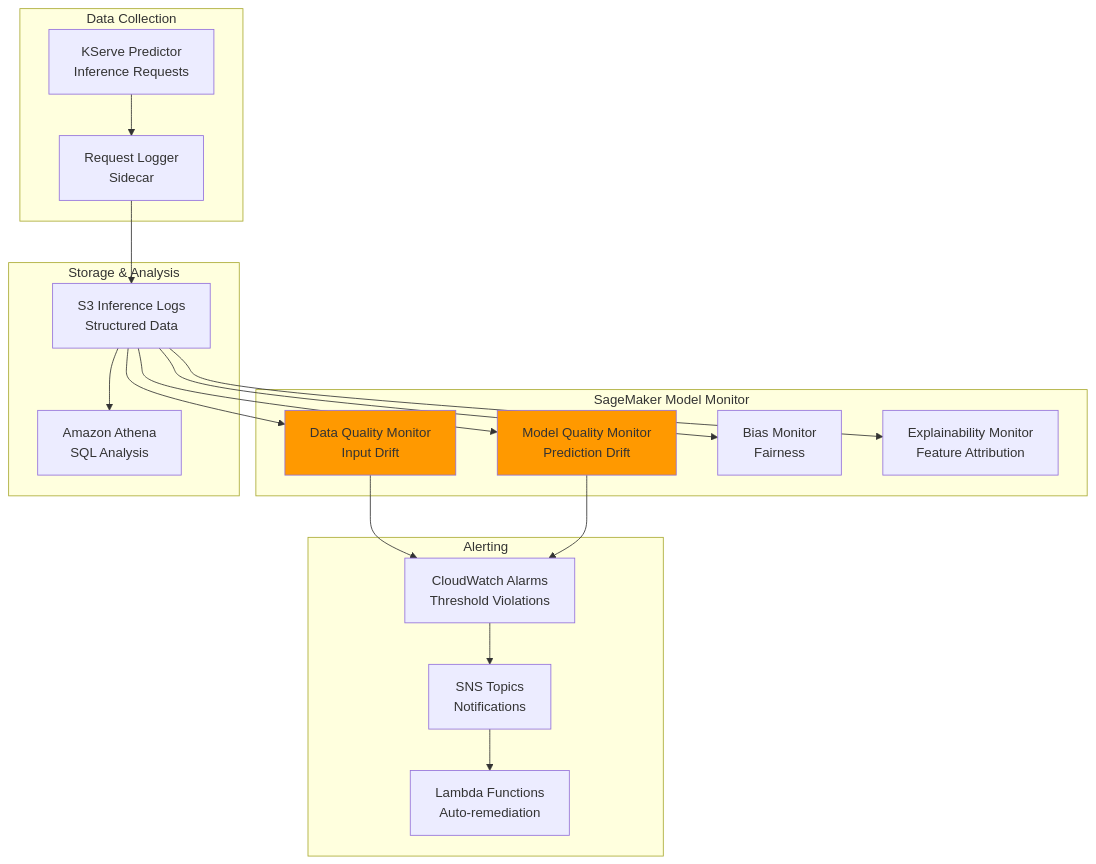
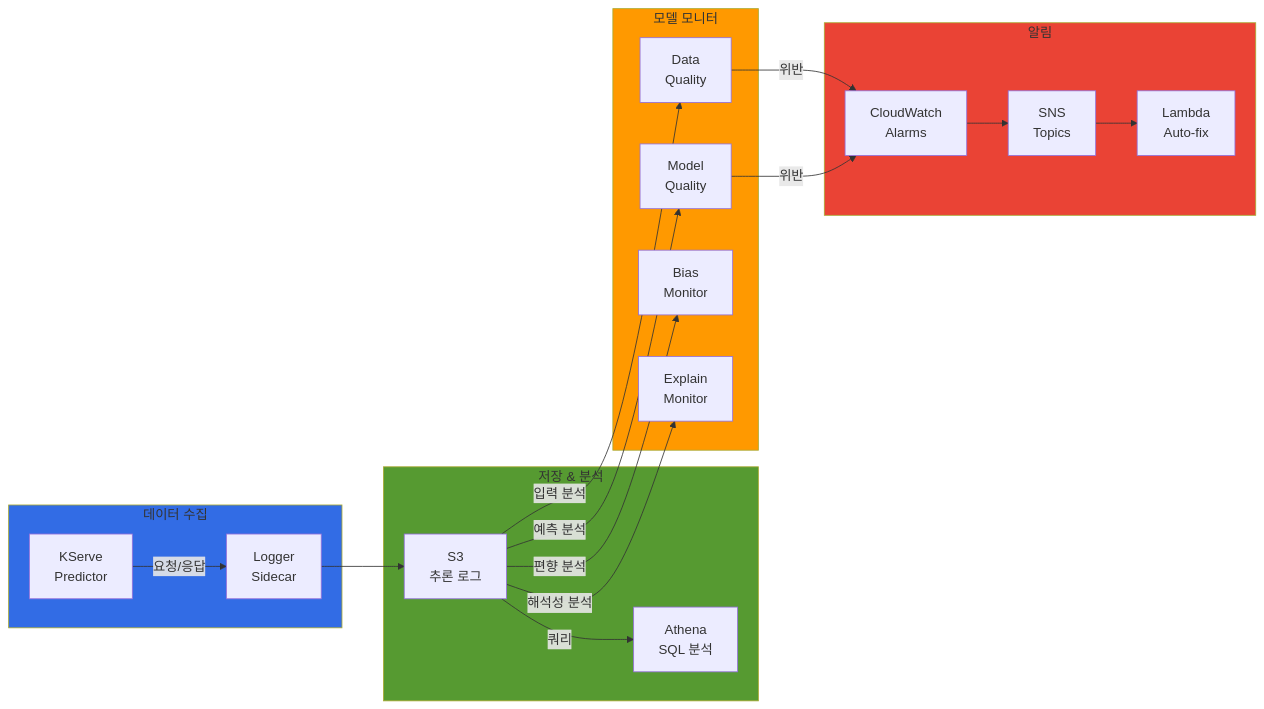
The fourth of 4 diagrams in docs/agentic-ai-platform/operations-mlops/sagemaker-eks-integration.md (devfloor9/engineering-playbook), drawn with Mermaid before and after one commit. The commit also changed other lines of this file and 24 other files, not shown here.

````diff
--- a/docs/agentic-ai-platform/operations-mlops/sagemaker-eks-integration.md
+++ b/docs/agentic-ai-platform/operations-mlops/sagemaker-eks-integration.md
@@ -826,43 +830,45 @@
 ```mermaid
-flowchart TB
-    subgraph "Data Collection"
-        KSERVE[KServe Predictor<br/>Inference Requests]
-        LOGGER[Request Logger<br/>Sidecar]
+flowchart LR
+    subgraph Collection["데이터 수집"]
+        KSERVE[KServe<br/>Predictor]
+        LOGGER[Logger<br/>Sidecar]
     end
-    
-    subgraph "SageMaker Model Monitor"
-        DATA_QUALITY[Data Quality Monitor<br/>Input Drift]
-        MODEL_QUALITY[Model Quality Monitor<br/>Prediction Drift]
-        BIAS[Bias Monitor<br/>Fairness]
-        EXPLAINABILITY[Explainability Monitor<br/>Feature Attribution]
+
+    subgraph Storage["저장 & 분석"]
+        S3_LOGS[S3<br/>추론 로그]
+        ATHENA[Athena<br/>SQL 분석]
     end
-    
-    subgraph "Storage & Analysis"
-        S3_LOGS[S3 Inference Logs<br/>Structured Data]
-        ATHENA[Amazon Athena<br/>SQL Analysis]
+
+    subgraph Monitor["모델 모니터"]
+        DATA_QUALITY[Data<br/>Quality]
+        MODEL_QUALITY[Model<br/>Quality]
+        BIAS[Bias<br/>Monitor]
+        EXPLAINABILITY[Explain<br/>Monitor]
     end
-    
-    subgraph "Alerting"
-        CW_ALARMS[CloudWatch Alarms<br/>Threshold Violations]
-        SNS[SNS Topics<br/>Notifications]
-        LAMBDA[Lambda Functions<br/>Auto-remediation]
+
+    subgraph Alert["알림"]
+        CW_ALARMS[CloudWatch<br/>Alarms]
+        SNS[SNS<br/>Topics]
+        LAMBDA[Lambda<br/>Auto-fix]
     end
-    
-    KSERVE --> LOGGER
+
+    KSERVE -->|요청/응답| LOGGER
     LOGGER --> S3_LOGS
-    
-    S3_LOGS --> DATA_QUALITY
-    S3_LOGS --> MODEL_QUALITY
-    S3_LOGS --> BIAS
-    S3_LOGS --> EXPLAINABILITY
-    
-    S3_LOGS --> ATHENA
-    
-    DATA_QUALITY --> CW_ALARMS
-    MODEL_QUALITY --> CW_ALARMS
+
+    S3_LOGS -->|입력 분석| DATA_QUALITY
+    S3_LOGS -->|예측 분석| MODEL_QUALITY
+    S3_LOGS -->|편향 분석| BIAS
+    S3_LOGS -->|해석성 분석| EXPLAINABILITY
+
+    S3_LOGS -->|쿼리| ATHENA
+
+    DATA_QUALITY -->|위반| CW_ALARMS
+    MODEL_QUALITY -->|위반| CW_ALARMS
     CW_ALARMS --> SNS
     SNS --> LAMBDA
-    
-    style DATA_QUALITY fill:#ff9900
-    style MODEL_QUALITY fill:#ff9900
+
+    style Collection fill:#326ce5
+    style Storage fill:#569a31
+    style Monitor fill:#ff9900
+    style Alert fill:#ea4335
 ```
````
